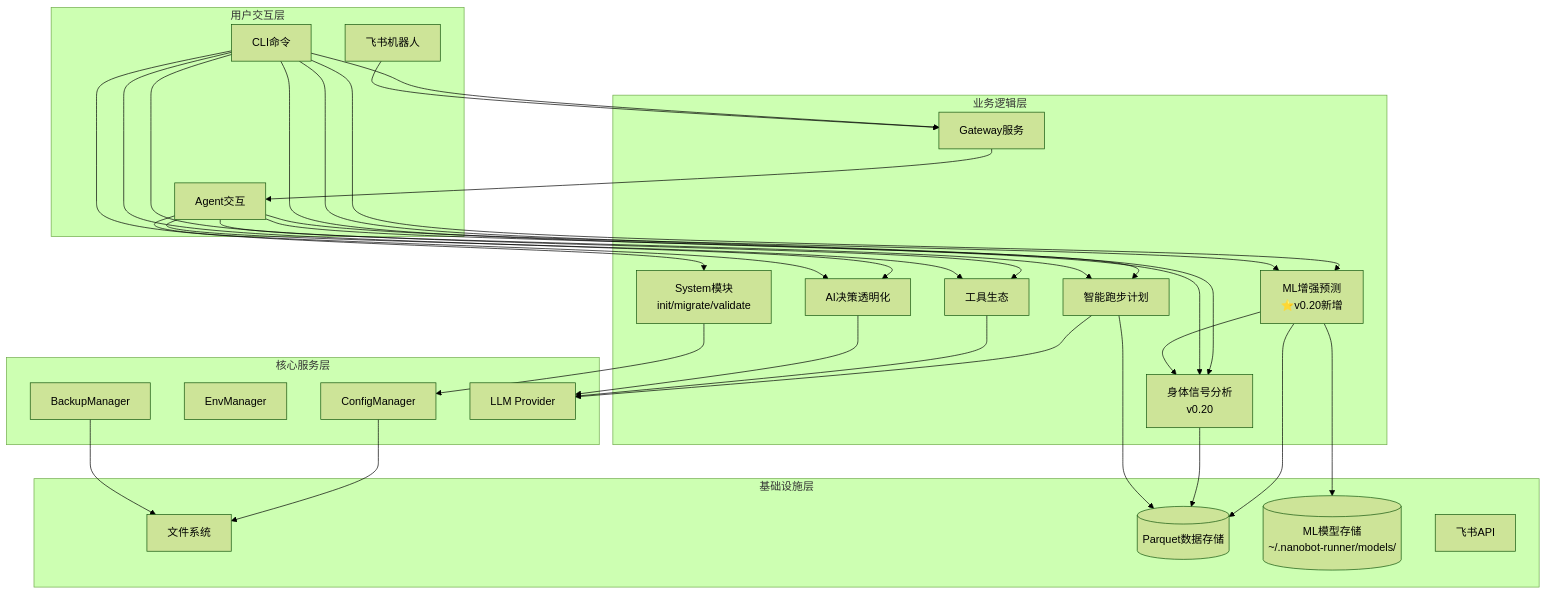
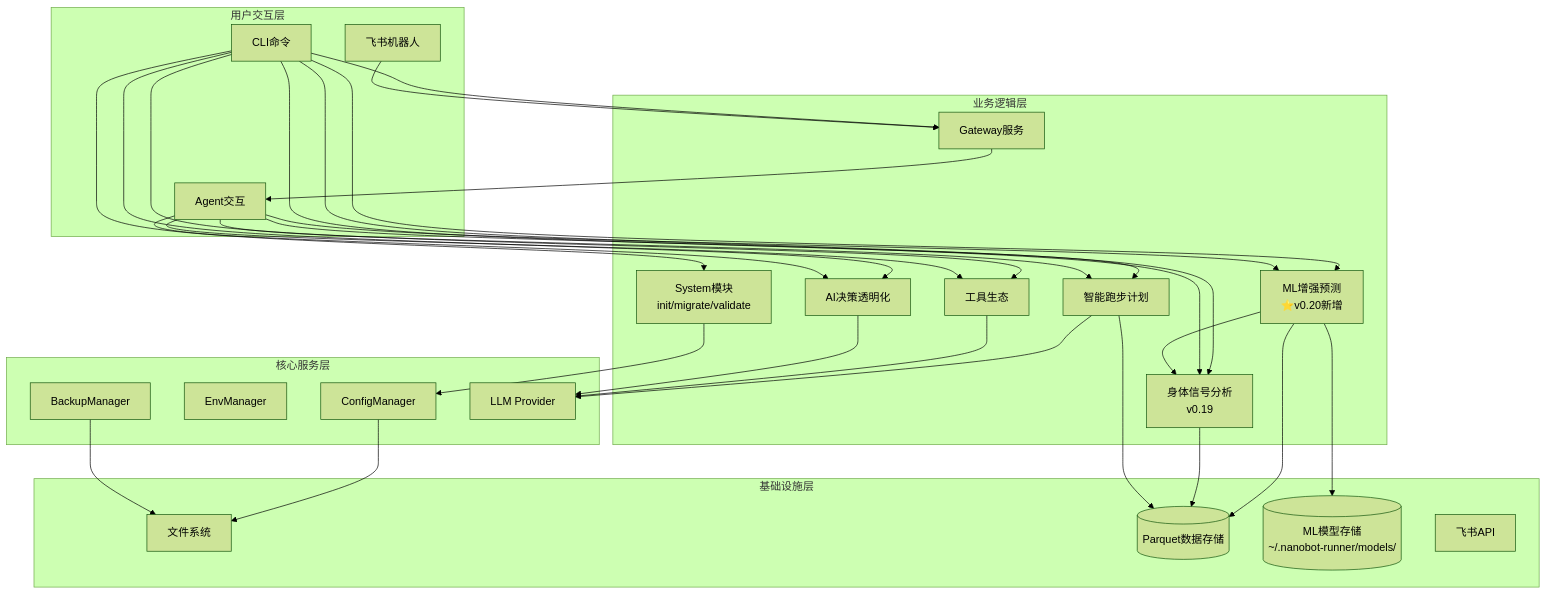
The first of 12 diagrams in docs/architecture/架构设计说明书.md (yecllsl/nanobot-runner), drawn with Mermaid (forest theme) before and after one commit. The commit also changed other lines of this file and 10 other files, not shown here.

````diff
--- a/docs/architecture/架构设计说明书.md
+++ b/docs/architecture/架构设计说明书.md
@@ -120,62 +120,62 @@
 ```mermaid
 graph TB
     subgraph "用户交互层"
         CLI[CLI命令]
         AGENT[Agent交互]
         FEISHU[飞书机器人]
     end
 
     subgraph "业务逻辑层"
         SYSTEM[System模块<br/>init/migrate/validate]
         PLAN[智能跑步计划]
         TOOLS[工具生态]
         TRANSPARENCY[AI决策透明化]
-        BODY_SIGNAL[身体信号分析<br/>v0.20]
+        BODY_SIGNAL[身体信号分析<br/>v0.19]
         PREDICTION[ML增强预测<br/>⭐v0.20新增]
         GATEWAY[Gateway服务]
     end
 
     subgraph "核心服务层"
         CONFIG[ConfigManager]
         ENV[EnvManager]
         BACKUP[BackupManager]
         LLM[LLM Provider]
     end
 
     subgraph "基础设施层"
         FS[文件系统]
         DB[(Parquet数据存储)]
         MODELS[(ML模型存储<br/>~/.nanobot-runner/models/)]
         FEISHU_API[飞书API]
     end
 
     CLI --> SYSTEM
     CLI --> PLAN
     CLI --> TOOLS
     CLI --> TRANSPARENCY
     CLI --> BODY_SIGNAL
     CLI --> PREDICTION
     CLI --> GATEWAY
 
     AGENT --> PLAN
     AGENT --> TOOLS
     AGENT --> TRANSPARENCY
     AGENT --> BODY_SIGNAL
     AGENT --> PREDICTION
 
     FEISHU --> GATEWAY
     GATEWAY --> AGENT
 
     PREDICTION --> BODY_SIGNAL
     PREDICTION --> DB
     PREDICTION --> MODELS
     BODY_SIGNAL --> DB
     PLAN --> LLM
     TOOLS --> LLM
     TRANSPARENCY --> LLM
     SYSTEM --> CONFIG
 
     CONFIG --> FS
     BACKUP --> FS
     PLAN --> DB
 ```
````
